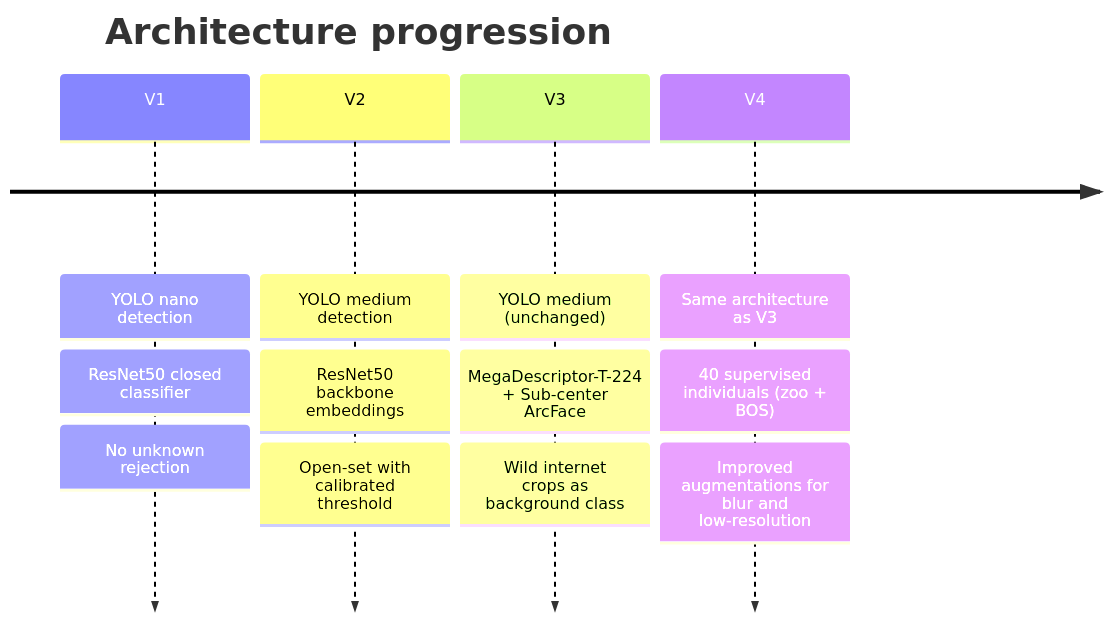
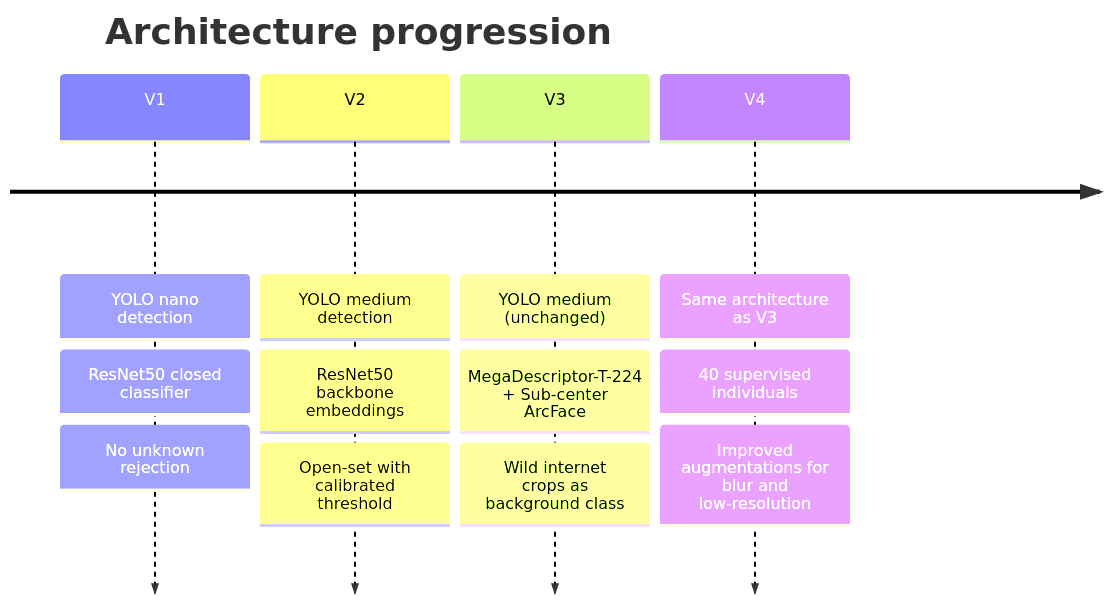
One commit to tit-exe/OrangIdentifier changed the second of 2 diagrams in README.md. Above: the diagram before and after it, drawn with Mermaid. The commit also changed other lines of this file and 57 other files, not shown here.

````diff
--- a/README.md
+++ b/README.md
@@ -52,16 +50,16 @@
 ```mermaid
 timeline
     title Architecture progression
     V1 : YOLO nano detection
        : ResNet50 closed classifier
        : No unknown rejection
     V2 : YOLO medium detection
        : ResNet50 backbone embeddings
        : Open-set with calibrated threshold
     V3 : YOLO medium (unchanged)
        : MegaDescriptor-T-224 + Sub-center ArcFace
        : Wild internet crops as background class
     V4 : Same architecture as V3
-       : 40 supervised individuals (zoo + BOS)
+       : 40 supervised individuals
        : Improved augmentations for blur and low-resolution
 ```
````
